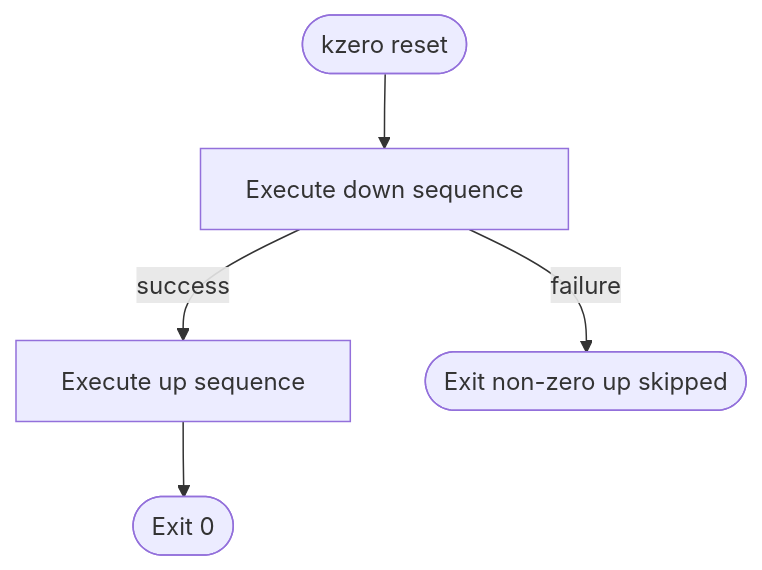
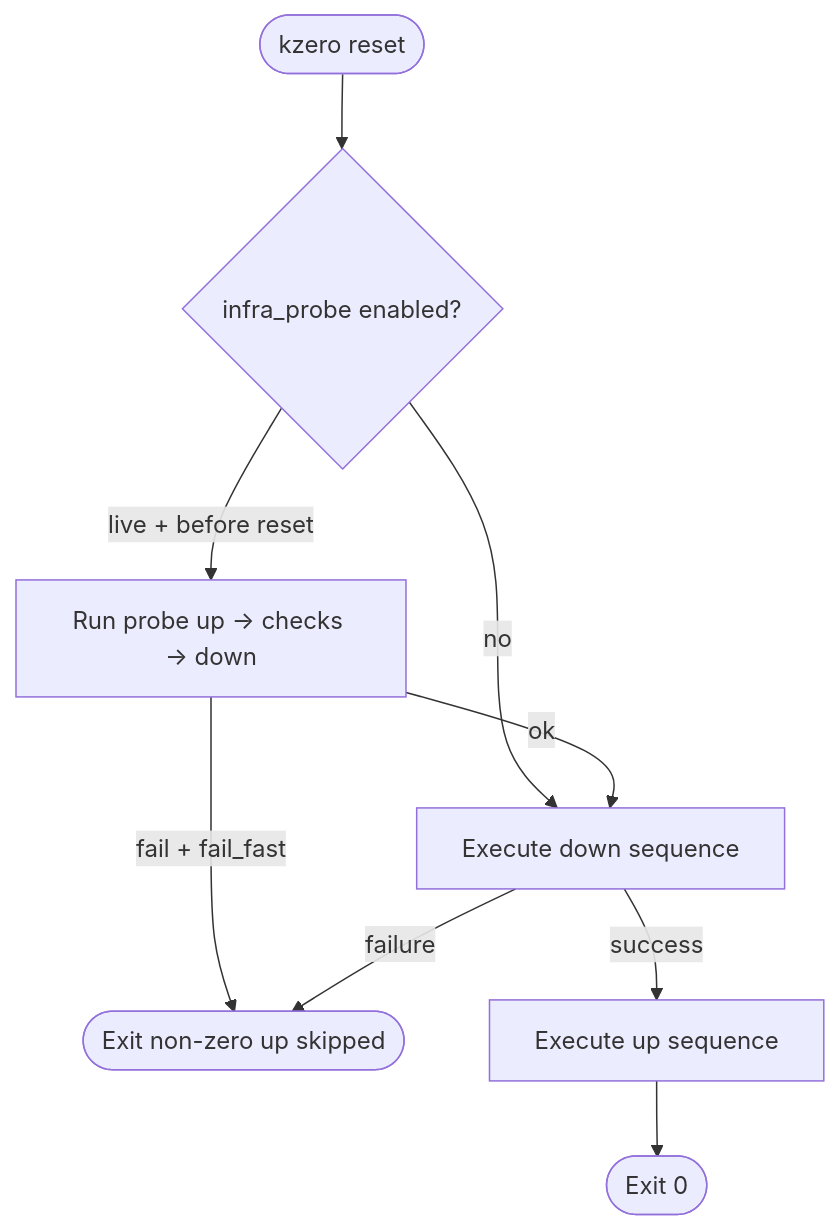
Before and after one commit to hrodrig/kzero: the fourth of 7 diagrams in docs/diagrams.md, drawn with Mermaid. The commit also changed other lines of this file and 34 other files, not shown here.

````diff
--- a/docs/diagrams.md
+++ b/docs/diagrams.md
@@ -73,7 +87,11 @@
 ```mermaid
 flowchart TD
-  Start([kzero reset]) --> Down[Execute down sequence]
+  Start([kzero reset]) --> Probe{infra_probe enabled?}
+  Probe -->|live + before reset| Gate[Run probe up → checks → down]
+  Probe -->|no| Down
+  Gate -->|ok| Down[Execute down sequence]
+  Gate -->|fail + fail_fast| Fail
   Down -->|success| Up[Execute up sequence]
   Down -->|failure| Fail([Exit non-zero up skipped])
   Up --> Done([Exit 0])
 ```
````
